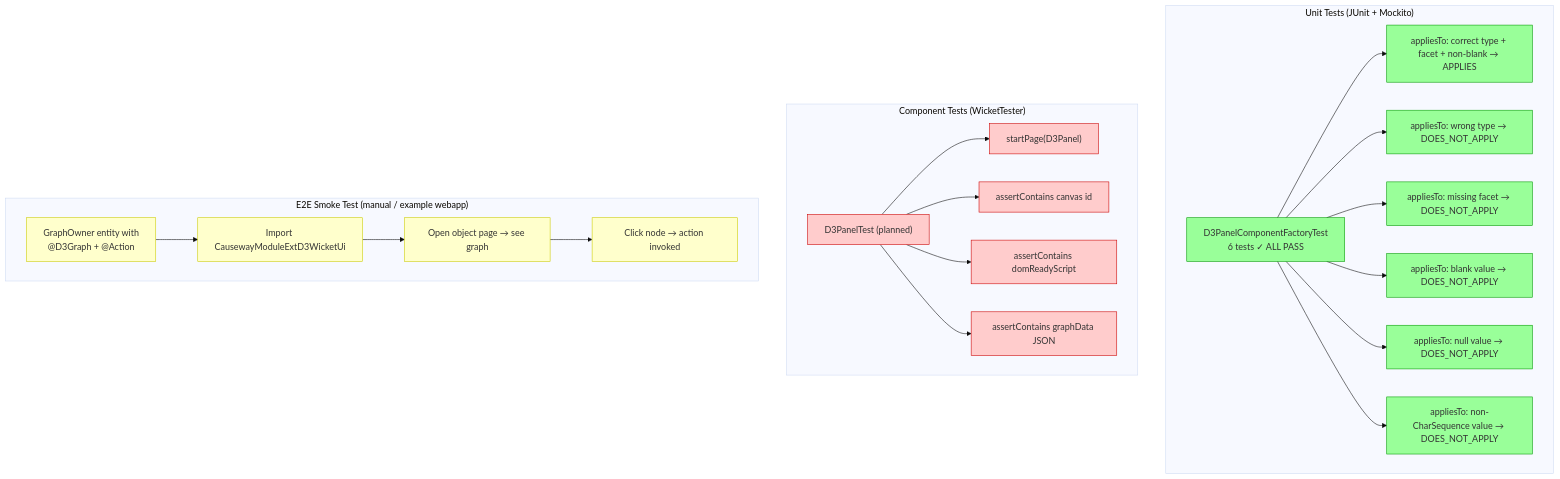
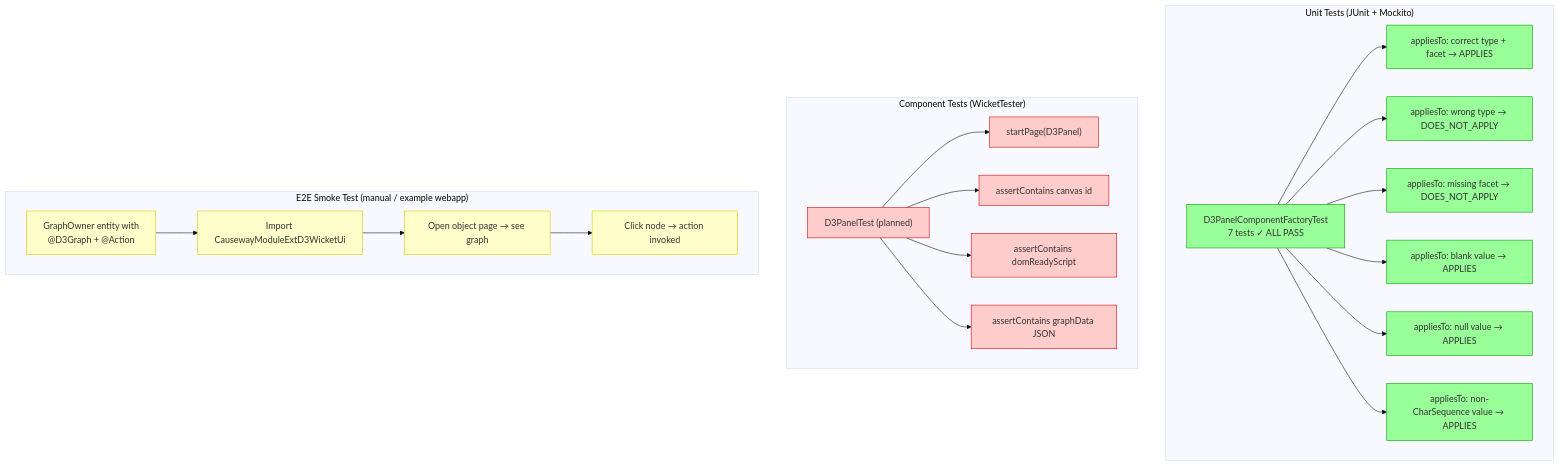
The eighth of 8 diagrams in extensions/vw/d3/wicket/D3_WICKET_UI_OVERVIEW.md (apache/causeway), drawn with Mermaid (base theme) before and after one commit. The commit also changed other lines of this file and 25 other files, not shown here.

````diff
--- a/extensions/vw/d3/wicket/D3_WICKET_UI_OVERVIEW.md
+++ b/extensions/vw/d3/wicket/D3_WICKET_UI_OVERVIEW.md
@@ -327,35 +326,35 @@
 ```mermaid
 flowchart TD
     subgraph "Unit Tests (JUnit + Mockito)"
-        U1["D3PanelComponentFactoryTest<br/>6 tests ✓ ALL PASS"]:::pass
-        U2["appliesTo: correct type + facet + non-blank → APPLIES"]:::pass
+        U1["D3PanelComponentFactoryTest<br/>7 tests ✓ ALL PASS"]:::pass
+        U2["appliesTo: correct type + facet → APPLIES"]:::pass
         U3["appliesTo: wrong type → DOES_NOT_APPLY"]:::pass
         U4["appliesTo: missing facet → DOES_NOT_APPLY"]:::pass
-        U5["appliesTo: blank value → DOES_NOT_APPLY"]:::pass
-        U6["appliesTo: null value → DOES_NOT_APPLY"]:::pass
-        U7["appliesTo: non-CharSequence value → DOES_NOT_APPLY"]:::pass
+        U5["appliesTo: blank value → APPLIES"]:::pass
+        U6["appliesTo: null value → APPLIES"]:::pass
+        U7["appliesTo: non-CharSequence value → APPLIES"]:::pass
     end
 
     subgraph "Component Tests (WicketTester)"
         C1["D3PanelTest (planned)"]:::blocked
         C2["startPage(D3Panel)"]:::blocked
         C3["assertContains canvas id"]:::blocked
         C4["assertContains domReadyScript"]:::blocked
         C5["assertContains graphData JSON"]:::blocked
     end
 
     subgraph "E2E Smoke Test (manual / example webapp)"
         E1["GraphOwner entity with<br/>@D3Graph + @Action"]:::todo
         E2["Import CausewayModuleExtD3WicketUi"]:::todo
         E3["Open object page → see graph"]:::todo
         E4["Click node → action invoked"]:::todo
     end
 
     U1 --> U2 & U3 & U4 & U5 & U6 & U7
     C1 --> C2 & C3 & C4 & C5
     E1 --> E2 --> E3 --> E4
 
     classDef pass fill:#9f9,stroke:#090
     classDef blocked fill:#fcc,stroke:#c00
     classDef todo fill:#ffc,stroke:#cc0
 ```
````
